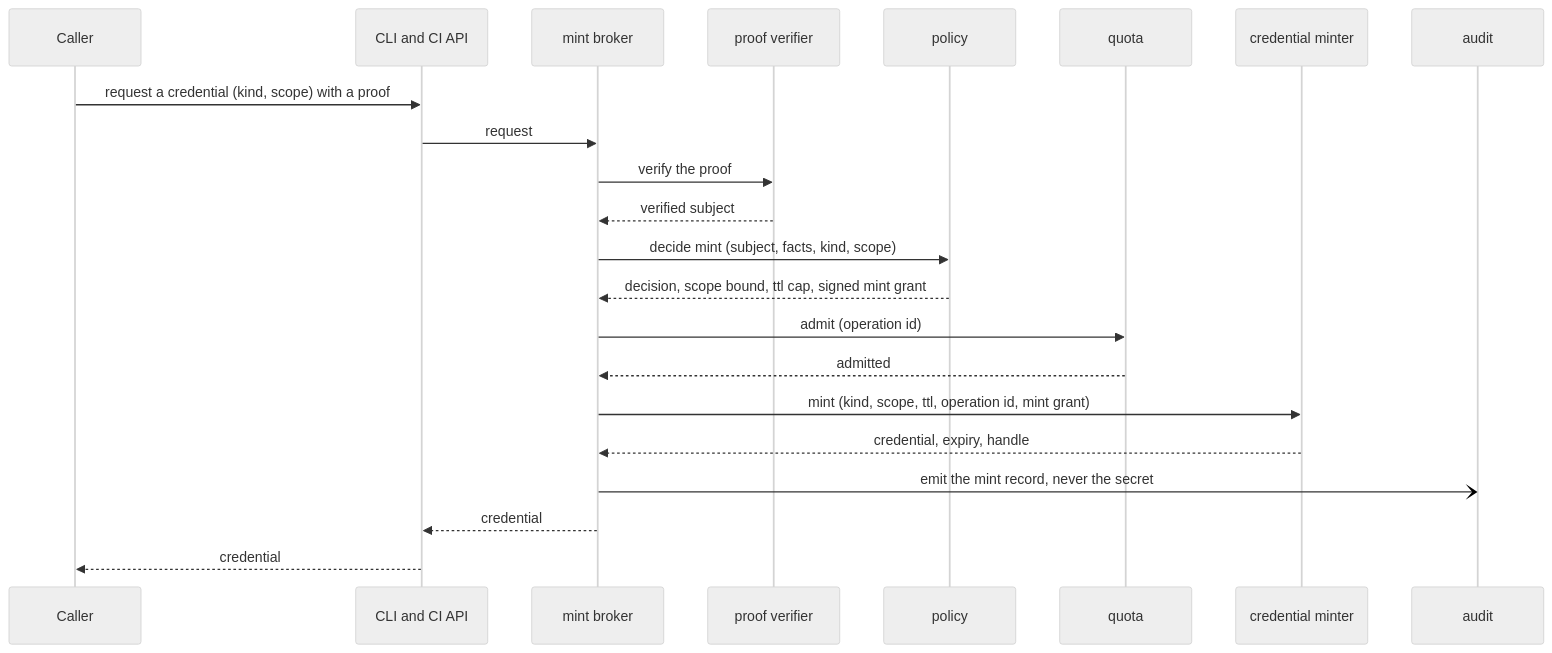
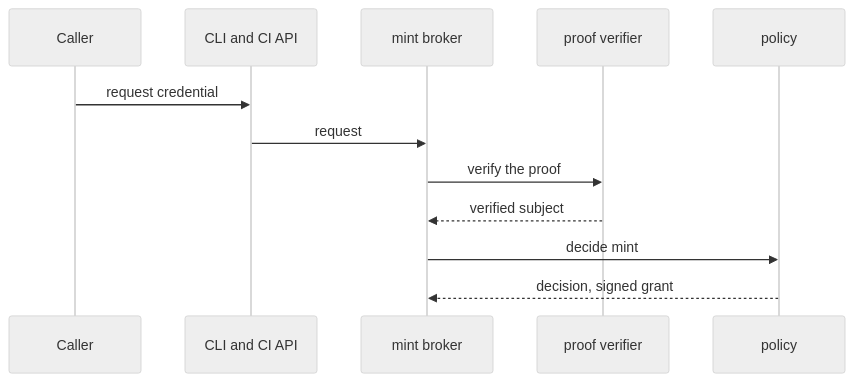
Before and after one commit to truvity/sluis: the first of 7 diagrams in docs/architecture/components.md, drawn with Mermaid (neutral theme). The commit also changed other lines of this file and 6 other files, not shown here.

First line of the commit message:
docs(site): split oversized diagrams into steps and shorten labels

````diff
--- a/docs/architecture/components.md
+++ b/docs/architecture/components.md
@@ -58,24 +62,14 @@
 ```mermaid
 sequenceDiagram
   participant C as Caller
   participant F as CLI and CI API
   participant M as mint broker
   participant P as proof verifier
   participant D as policy
-  participant Q as quota
-  participant X as credential minter
-  participant A as audit
-  C->>F: request a credential (kind, scope) with a proof
+  C->>F: request credential
   F->>M: request
   M->>P: verify the proof
   P-->>M: verified subject
-  M->>D: decide mint (subject, facts, kind, scope)
-  D-->>M: decision, scope bound, ttl cap, signed mint grant
-  M->>Q: admit (operation id)
-  Q-->>M: admitted
-  M->>X: mint (kind, scope, ttl, operation id, mint grant)
-  X-->>M: credential, expiry, handle
-  M-)A: emit the mint record, never the secret
-  M-->>F: credential
-  F-->>C: credential
+  M->>D: decide mint
+  D-->>M: decision, signed grant
 ```
````
